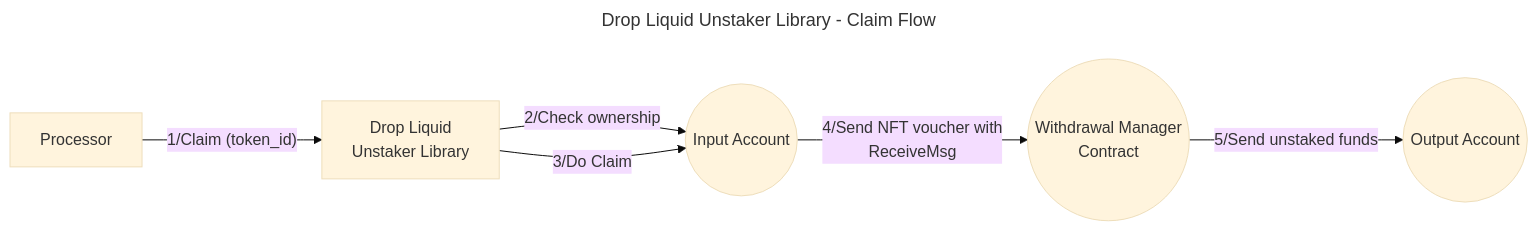
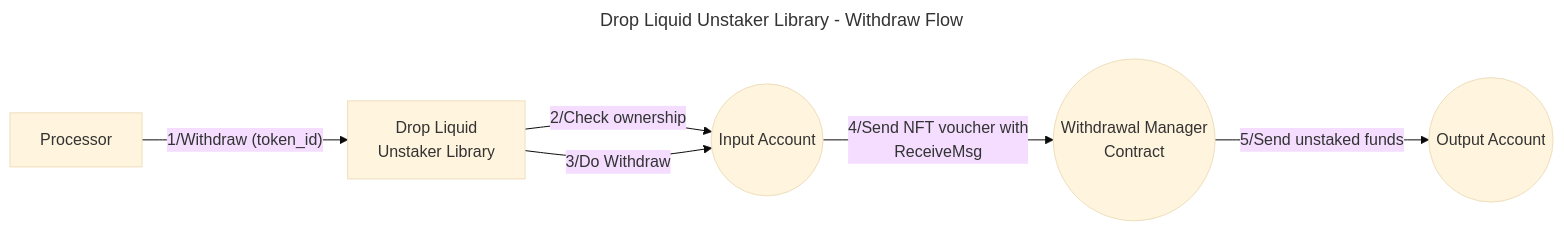
The second of 2 diagrams in contracts/libraries/drop-liquid-unstaker/README.md (timewave-computer/valence-protocol), drawn with Mermaid (base theme) before and after one commit. The commit also changed other lines of this file and 3 other files, not shown here.

````diff
--- a/contracts/libraries/drop-liquid-unstaker/README.md
+++ b/contracts/libraries/drop-liquid-unstaker/README.md
@@ -24,19 +24,19 @@
 ```mermaid
 ---
-title: Drop Liquid Unstaker Library - Claim Flow
+title: Drop Liquid Unstaker Library - Withdraw Flow
 ---
 graph LR
     IA((Input Account))
     WW((Withdrawal Manager
     Contract))
     P1[Processor]
     S1[Drop Liquid
     Unstaker Library]
     OA((Output Account))
-    P1 -- "1/Claim (token_id)" --> S1
+    P1 -- "1/Withdraw (token_id)" --> S1
     S1 -- "2/Check ownership" --> IA
-    S1 -- "3/Do Claim" --> IA
+    S1 -- "3/Do Withdraw" --> IA
     IA -- "4/Send NFT voucher with
     ReceiveMsg" --> WW
     WW -- "5/Send unstaked funds" --> OA
 ```
````
